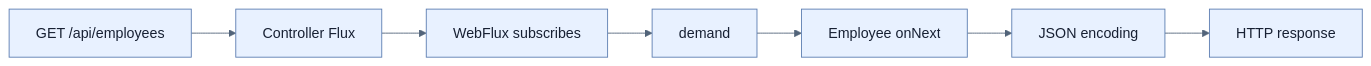
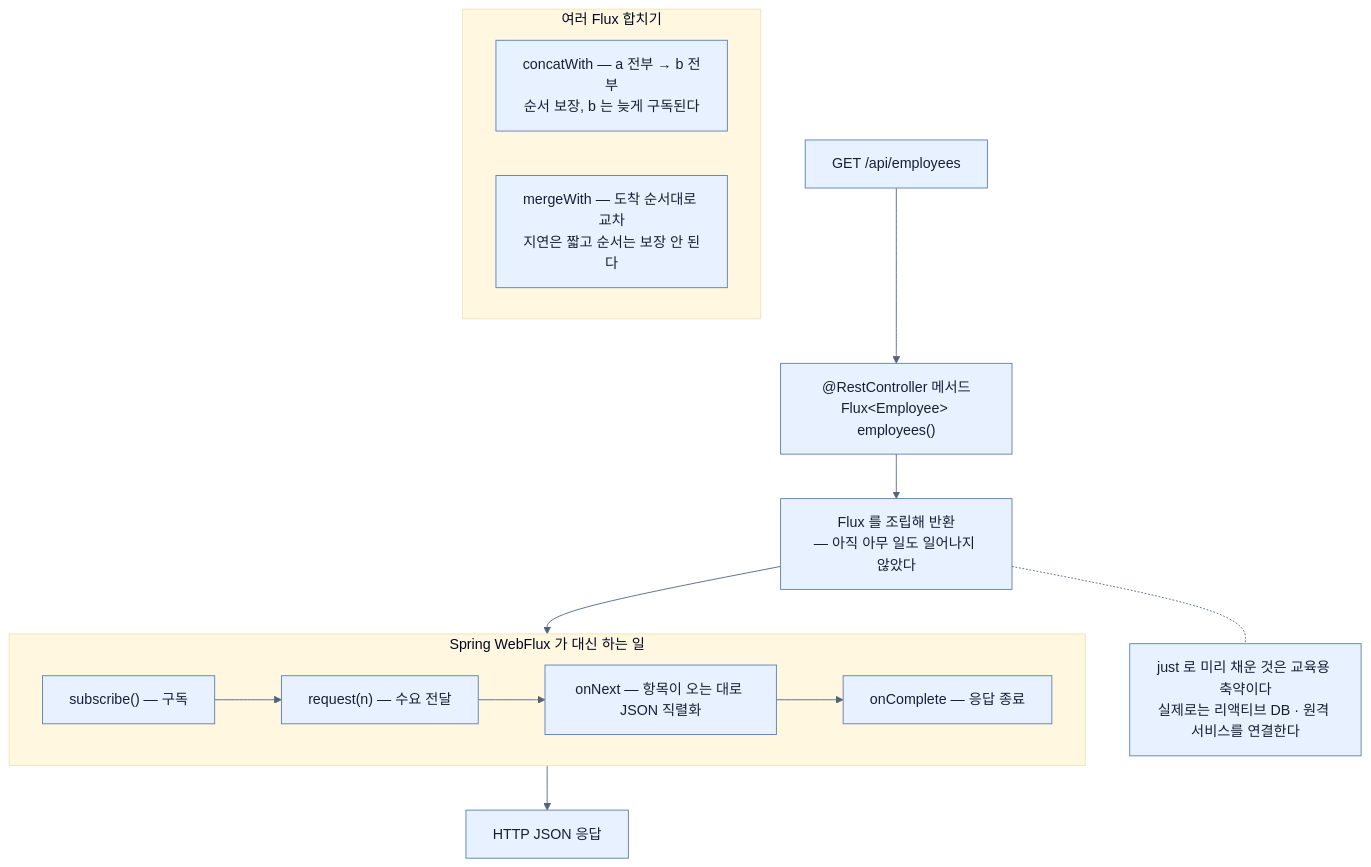
One commit to sing-u8/Learning_Spring_Boot_4 changed the diagram in spring-boot-4-pdf-notes/part-4-scaling-an-application-with-spring-boot/chapter-9-writing-reactive-web-controllers/03-serving-data-with-reactive-get.md. Above: the diagram before and after it, drawn with Mermaid. The commit also changed other lines of this file and 253 other files, not shown here.

````diff
--- a/spring-boot-4-pdf-notes/part-4-scaling-an-application-with-spring-boot/chapter-9-writing-reactive-web-controllers/03-serving-data-with-reactive-get.md
+++ b/spring-boot-4-pdf-notes/part-4-scaling-an-application-with-spring-boot/chapter-9-writing-reactive-web-controllers/03-serving-data-with-reactive-get.md
@@ -28,10 +118,27 @@
 ```mermaid
 %%{init: {'theme': 'base', 'themeVariables': {'background': '#ffffff', 'primaryColor': '#e8f1ff', 'primaryTextColor': '#172033', 'primaryBorderColor': '#5b7db1', 'lineColor': '#52647a', 'secondaryColor': '#f7fbff', 'tertiaryColor': '#fff7df'}}}%%
-flowchart LR
-    G[GET /api/employees] --> C[Controller Flux]
-    C --> S[WebFlux subscribes]
-    S --> D[demand]
-    D --> E[Employee onNext]
-    E --> J[JSON encoding]
-    J --> H[HTTP response]
+flowchart TB
+    REQ["GET /api/employees"]
+    REQ --> CTRL["@RestController 메서드<br/>Flux&lt;Employee&gt; employees()"]
+    CTRL --> ASM["Flux 를 조립해 반환<br/>— 아직 아무 일도 일어나지 않았다"]
+
+    ASM --> FW
+
+    subgraph FW["Spring WebFlux 가 대신 하는 일"]
+        F1["subscribe() — 구독"]
+        F2["request(n) — 수요 전달"]
+        F3["onNext — 항목이 오는 대로 JSON 직렬화"]
+        F4["onComplete — 응답 종료"]
+        F1 --> F2 --> F3 --> F4
+    end
+
+    FW --> RESP["HTTP JSON 응답"]
+
+    subgraph MERGE["여러 Flux 합치기"]
+        M1["concatWith — a 전부 → b 전부<br/>순서 보장, b 는 늦게 구독된다"]
+        M2["mergeWith — 도착 순서대로 교차<br/>지연은 짧고 순서는 보장 안 된다"]
+    end
+
+    NOTE["just 로 미리 채운 것은 교육용 축약이다<br/>실제로는 리액티브 DB · 원격 서비스를 연결한다"]
+    ASM -.- NOTE
 ```
````
